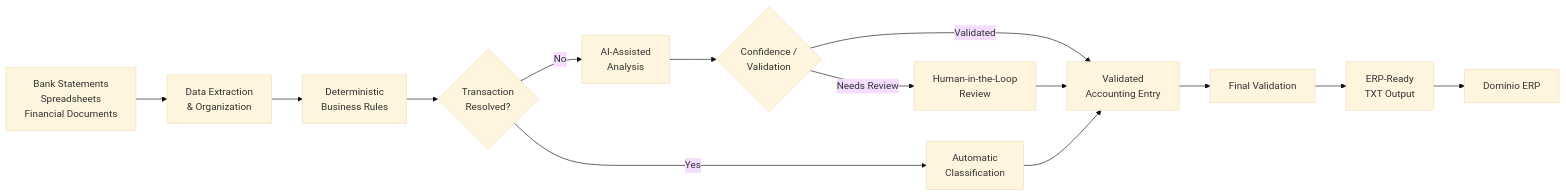
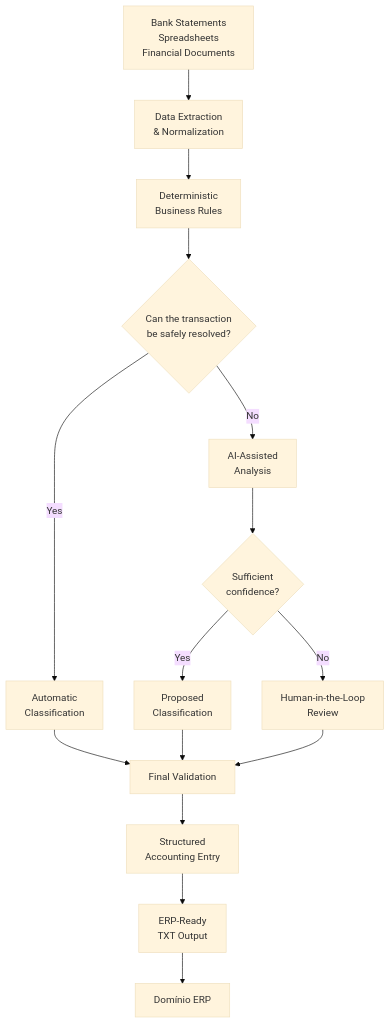
Before and after one commit to TheoMAS23/ai-accounting-automation: the first of 2 diagrams in README.md, drawn with Mermaid (base theme). The commit also changed other lines of this file, not shown here.

Commit message:
Build complete AI accounting automation portfolio

````diff
--- a/README.md
+++ b/README.md
@@ -45,27 +64,30 @@
 ```mermaid
-flowchart LR
-    A["Bank Statements<br/>Spreadsheets<br/>Financial Documents"] --> B["Data Extraction<br/>& Organization"]
+flowchart TD
+    A["Bank Statements<br/>Spreadsheets<br/>Financial Documents"]
+
+    A --> B["Data Extraction<br/>& Normalization"]
 
     B --> C["Deterministic<br/>Business Rules"]
 
-    C --> D{"Transaction<br/>Resolved?"}
+    C --> D{"Can the transaction<br/>be safely resolved?"}
 
     D -->|Yes| E["Automatic<br/>Classification"]
 
     D -->|No| F["AI-Assisted<br/>Analysis"]
 
-    F --> G{"Confidence /<br/>Validation"}
+    F --> G{"Sufficient<br/>confidence?"}
 
-    G -->|Needs Review| H["Human-in-the-Loop<br/>Review"]
+    G -->|Yes| H["Proposed<br/>Classification"]
 
-    G -->|Validated| I["Validated<br/>Accounting Entry"]
+    G -->|No| I["Human-in-the-Loop<br/>Review"]
 
-    H --> I
-    E --> I
+    E --> J["Final Validation"]
+    H --> J
+    I --> J
 
-    I --> J["Final Validation"]
+    J --> K["Structured<br/>Accounting Entry"]
 
-    J --> K["ERP-Ready<br/>TXT Output"]
+    K --> L["ERP-Ready<br/>TXT Output"]
 
-    K --> L["Domínio ERP"]
+    L --> M["Domínio ERP"]
 ```
````
